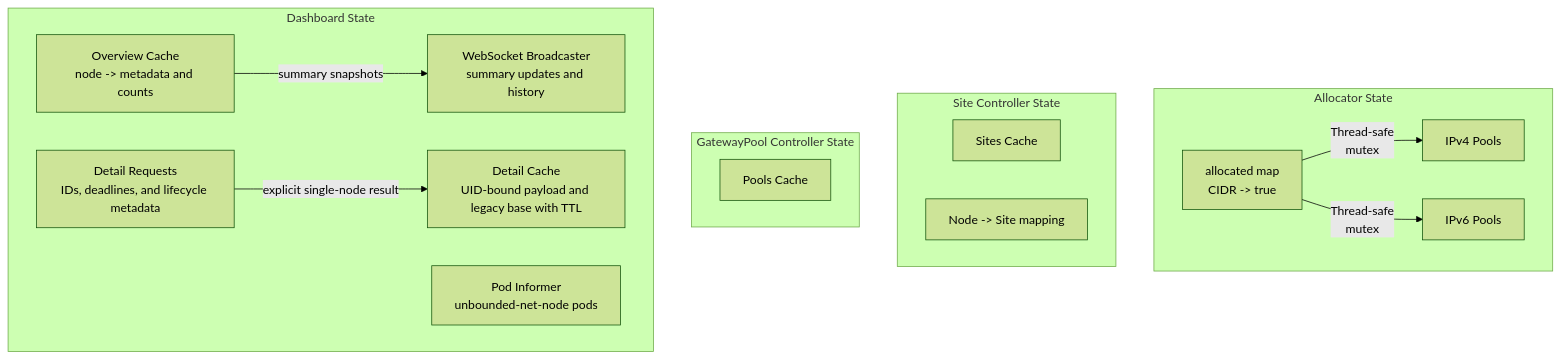
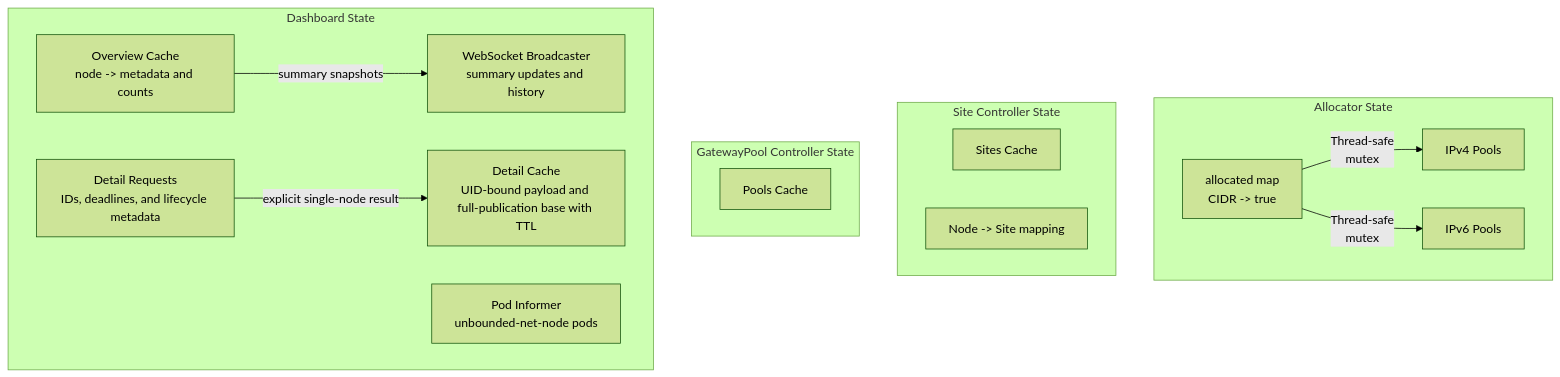
Before and after one commit to Azure/unbounded: diagram 14 of 22 in docs/net/architecture.md, drawn with Mermaid (forest theme). The commit also changed other lines of this file and 9 other files, not shown here.

````diff
--- a/docs/net/architecture.md
+++ b/docs/net/architecture.md
@@ -579,30 +579,30 @@
 ```mermaid
 graph TD
     subgraph "Allocator State"
         A1[allocated map<br/>CIDR -> true]
         A2[IPv4 Pools]
         A3[IPv6 Pools]
     end
 
     subgraph "Site Controller State"
         S1[Sites Cache]
         S2[Node -> Site mapping]
     end
 
     subgraph "GatewayPool Controller State"
         G1[Pools Cache]
     end
 
     subgraph "Dashboard State"
         D1[Overview Cache<br/>node -> metadata and counts]
         D2[Pod Informer<br/>unbounded-net-node pods]
         D3[WebSocket Broadcaster<br/>summary updates and history]
-        D4[Detail Cache<br/>UID-bound payload and legacy base with TTL]
+        D4[Detail Cache<br/>UID-bound payload and full-publication base with TTL]
         D5[Detail Requests<br/>IDs, deadlines, and lifecycle metadata]
     end
 
     A1 --> |"Thread-safe<br/>mutex"| A2
     A1 --> |"Thread-safe<br/>mutex"| A3
     D1 --> |"summary snapshots"| D3
     D5 --> |"explicit single-node result"| D4
 ```
````
